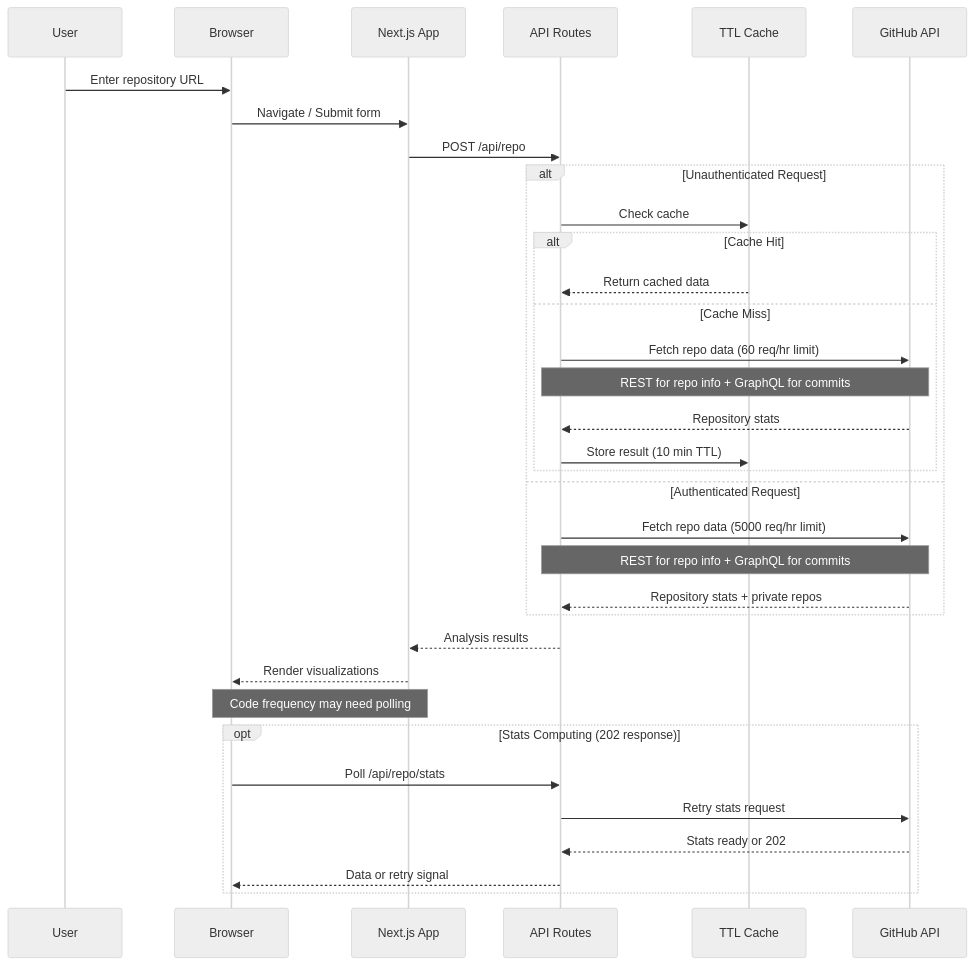
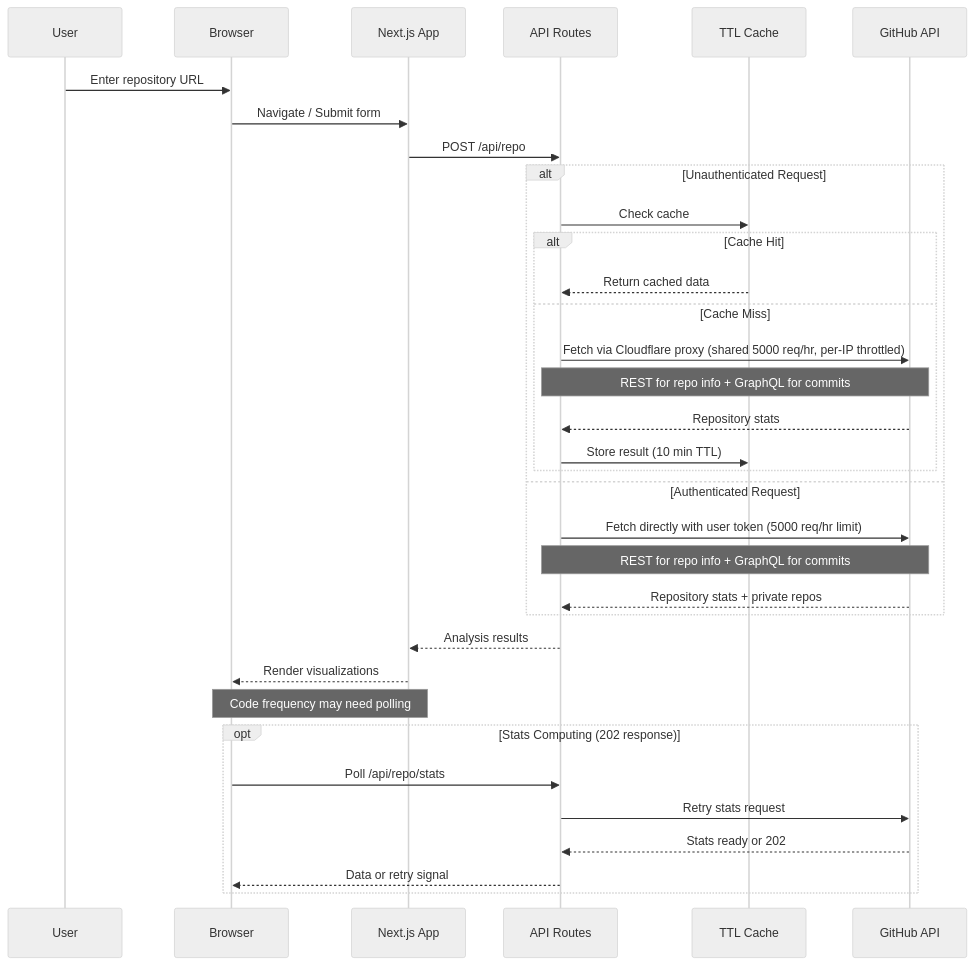
The third of 3 diagrams in .portfolio/architecture.md (Technical-1/RepoLens), drawn with Mermaid (neutral theme) before and after one commit. The commit also changed other lines of this file and 3 other files, not shown here.

First line of the commit message:
docs: document the GitHub proxy for unauthenticated access

````diff
--- a/.portfolio/architecture.md
+++ b/.portfolio/architecture.md
@@ -147,41 +147,41 @@
 ```mermaid
 sequenceDiagram
     participant User
     participant Browser
     participant NextJS as Next.js App
     participant API as API Routes
     participant Cache as TTL Cache
     participant GitHub as GitHub API
 
     User->>Browser: Enter repository URL
     Browser->>NextJS: Navigate / Submit form
     NextJS->>API: POST /api/repo
 
     alt Unauthenticated Request
         API->>Cache: Check cache
         alt Cache Hit
             Cache-->>API: Return cached data
         else Cache Miss
-            API->>GitHub: Fetch repo data (60 req/hr limit)
+            API->>GitHub: Fetch via Cloudflare proxy (shared 5000 req/hr, per-IP throttled)
             Note over API,GitHub: REST for repo info + GraphQL for commits
             GitHub-->>API: Repository stats
             API->>Cache: Store result (10 min TTL)
         end
     else Authenticated Request
-        API->>GitHub: Fetch repo data (5000 req/hr limit)
+        API->>GitHub: Fetch directly with user token (5000 req/hr limit)
         Note over API,GitHub: REST for repo info + GraphQL for commits
         GitHub-->>API: Repository stats + private repos
     end
 
     API-->>NextJS: Analysis results
     NextJS-->>Browser: Render visualizations
 
     Note over Browser,NextJS: Code frequency may need polling
 
     opt Stats Computing (202 response)
         Browser->>API: Poll /api/repo/stats
         API->>GitHub: Retry stats request
         GitHub-->>API: Stats ready or 202
         API-->>Browser: Data or retry signal
     end
 ```
````
